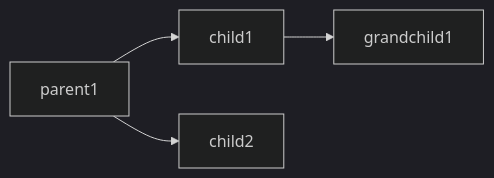
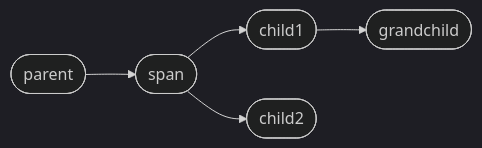
The first of 8 diagrams in docs/usage.md (rmorshea/artigraph), drawn with Mermaid (dark theme) before and after one commit. The commit also changed other lines of this file, not shown here.

````diff
--- a/docs/usage.md
+++ b/docs/usage.md
@@ -179,6 +188,12 @@
 ```mermaid
 graph LR
-    parent1 --> child1
-    parent1 --> child2
-    child1 --> grandchild1
+    p([parent])
+    s([span])
+    c1([child1])
+    c2([child2])
+    g([grandchild])
+    p --> s
+    s --> c1
+    s --> c2
+    c1 --> g
 ```
````
